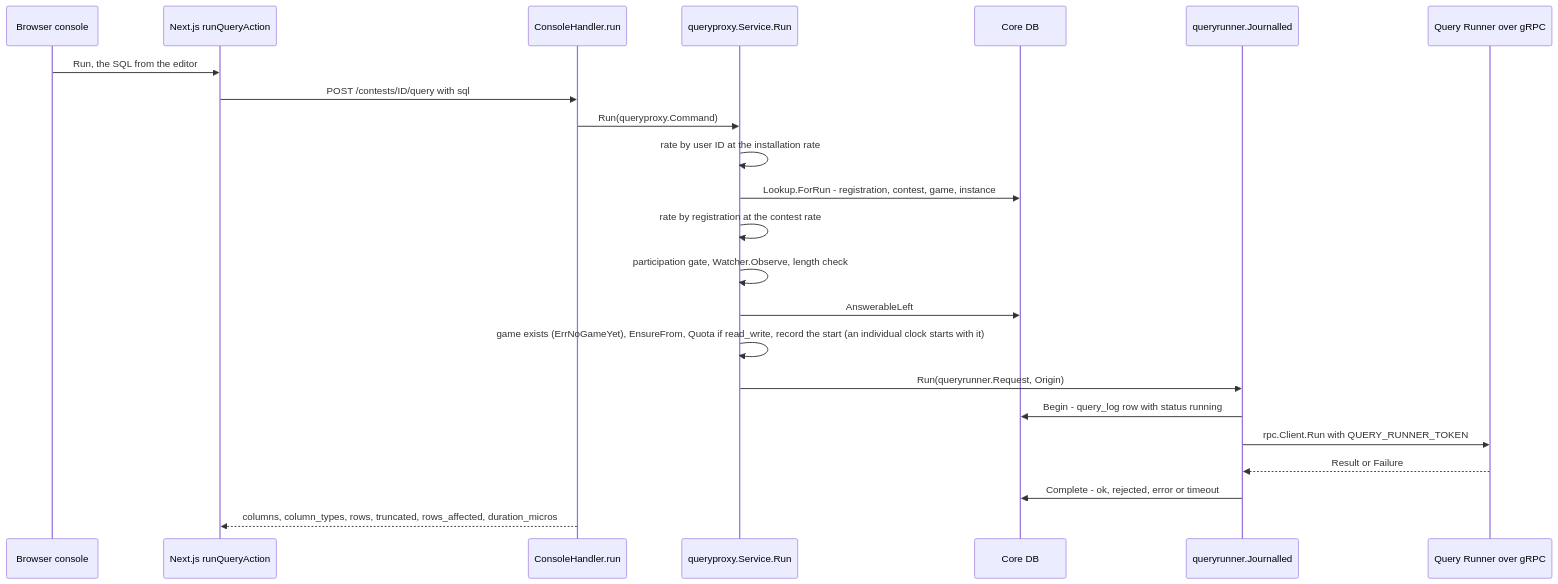
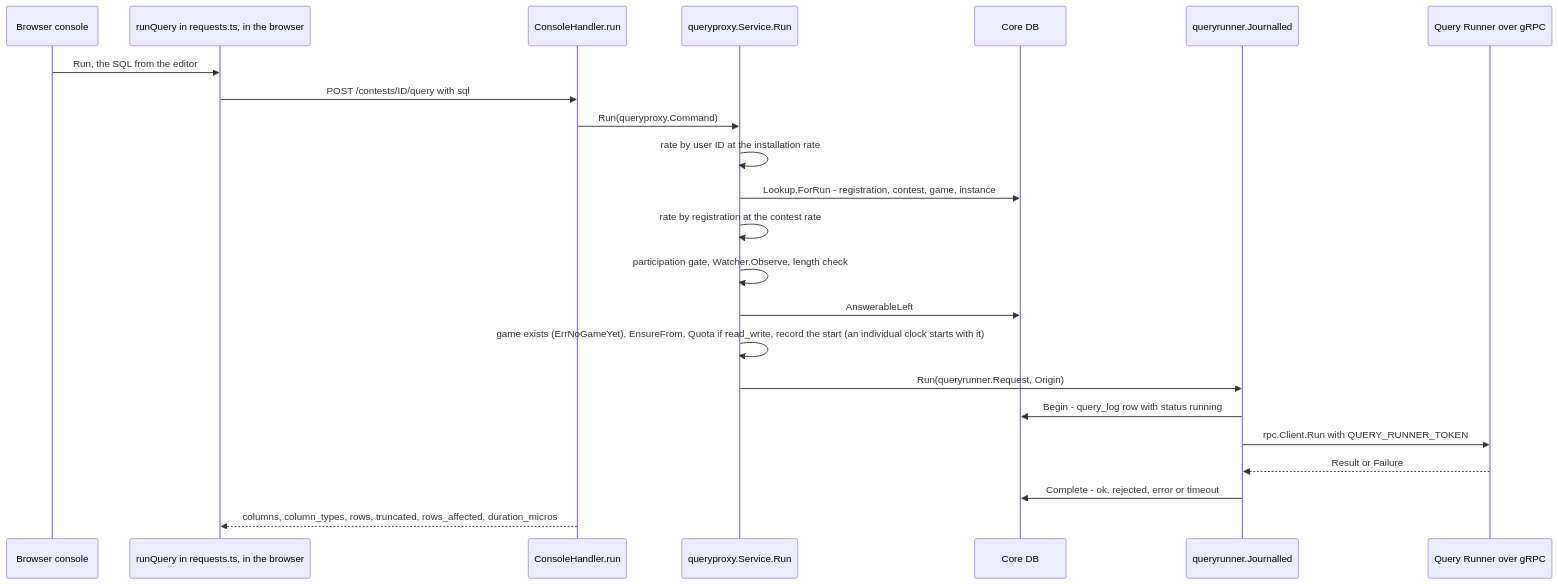
The ninth of 14 diagrams in docs/guide/03-flows.md (devrdn/olymp-db-platform), drawn with Mermaid before and after one commit. The commit also changed other lines of this file and 2 other files, not shown here.

````diff
--- a/docs/guide/03-flows.md
+++ b/docs/guide/03-flows.md
@@ -586,26 +586,26 @@
 ```mermaid
 sequenceDiagram
     participant B as Browser console
-    participant W as Next.js runQueryAction
+    participant W as runQuery in requests.ts, in the browser
     participant H as ConsoleHandler.run
     participant Q as queryproxy.Service.Run
     participant DB as Core DB
     participant J as queryrunner.Journalled
     participant R as Query Runner over gRPC
 
     B->>W: Run, the SQL from the editor
     W->>H: POST /contests/ID/query with sql
     H->>Q: Run(queryproxy.Command)
     Q->>Q: rate by user ID at the installation rate
     Q->>DB: Lookup.ForRun - registration, contest, game, instance
     Q->>Q: rate by registration at the contest rate
     Q->>Q: participation gate, Watcher.Observe, length check
     Q->>DB: AnswerableLeft
     Q->>Q: game exists (ErrNoGameYet), EnsureFrom, Quota if read_write, record the start (an individual clock starts with it)
     Q->>J: Run(queryrunner.Request, Origin)
     J->>DB: Begin - query_log row with status running
     J->>R: rpc.Client.Run with QUERY_RUNNER_TOKEN
     R-->>J: Result or Failure
     J->>DB: Complete - ok, rejected, error or timeout
     H-->>W: columns, column_types, rows, truncated, rows_affected, duration_micros
 ```
````
